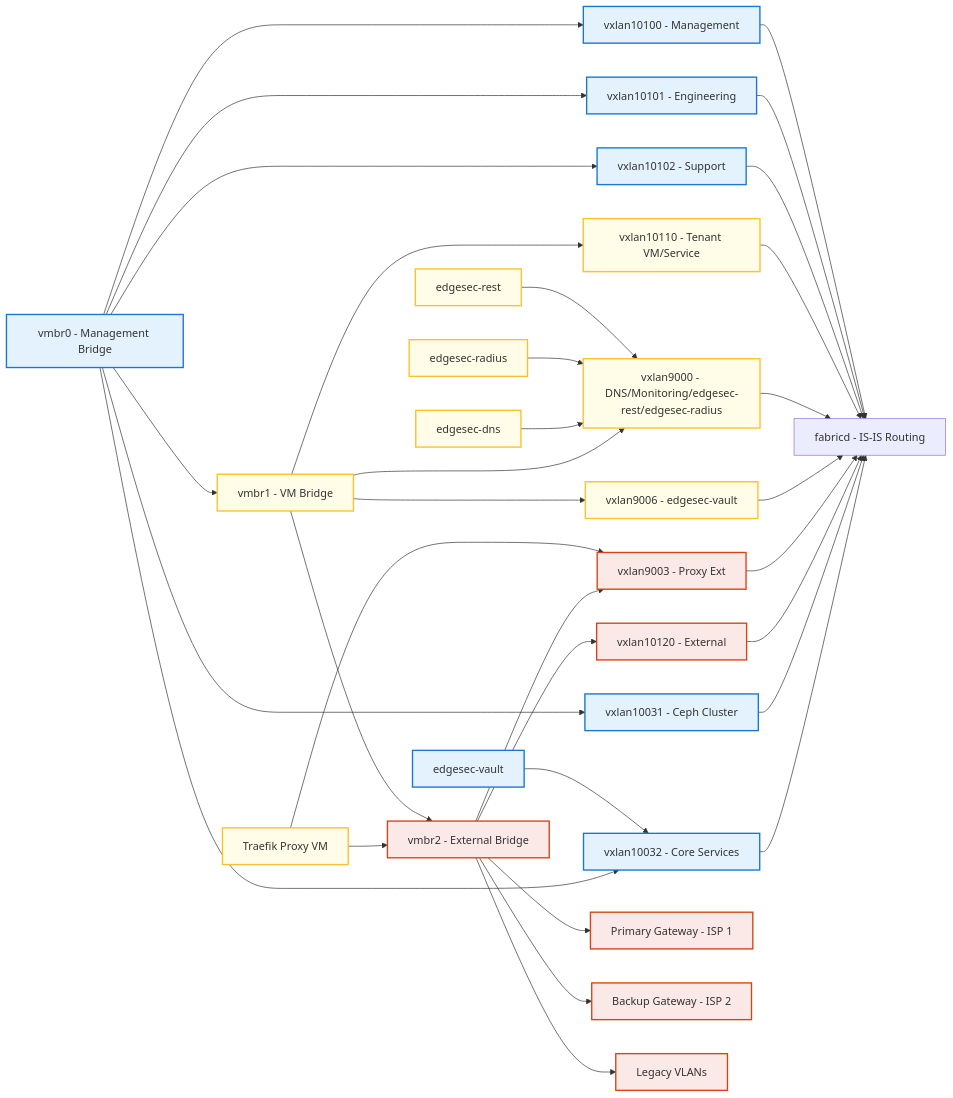
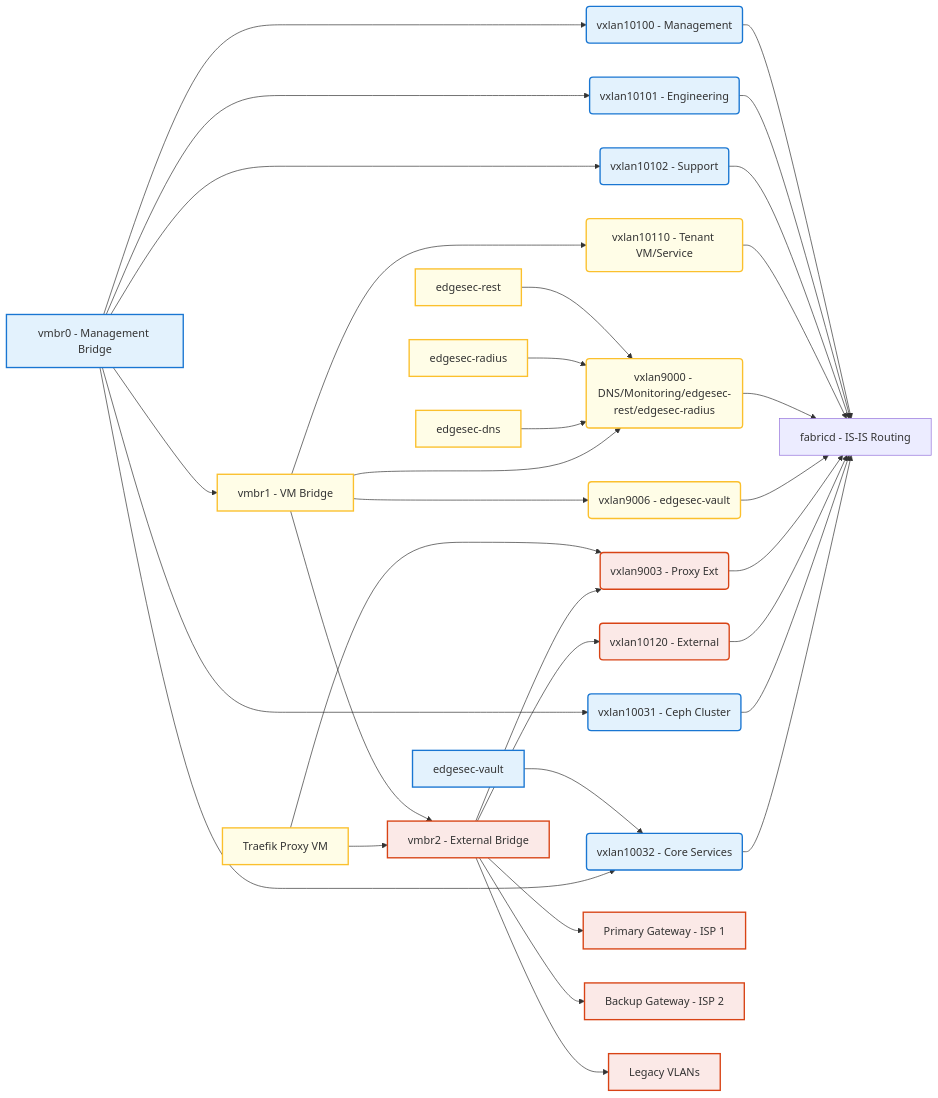
Before and after one commit to CEP-Comwell/proxmox_addons: the diagram in blob/mmd/edgesec-single-tenant-bridges.mmd, drawn with Mermaid. The commit also changed 1 other file, not shown here.

Commit message:
fabricd as decision

```diff
--- a/blob/mmd/edgesec-single-tenant-bridges.mmd
+++ b/blob/mmd/edgesec-single-tenant-bridges.mmd
@@ -18,16 +18,16 @@
 
 
   %% Overlays
-  VX10100[vxlan10100 - Management]
-  VX10101[vxlan10101 - Engineering]
-  VX10102[vxlan10102 - Support]
-  VX10110[vxlan10110 - Tenant VM/Service]
-  VX9000[vxlan9000 - DNS/Monitoring/edgesec-rest/edgesec-radius]
-  VX9006[vxlan9006 - edgesec-vault]
-  VX9003[vxlan9003 - Proxy Ext]
-  VX10120[vxlan10120 - External]
-  VXCEPH2[vxlan10031 - Ceph Cluster]
-  VX10032[vxlan10032 - Core Services]
+  VX10100(vxlan10100 - Management)
+  VX10101(vxlan10101 - Engineering)
+  VX10102(vxlan10102 - Support)
+  VX10110(vxlan10110 - Tenant VM/Service)
+  VX9000(vxlan9000 - DNS/Monitoring/edgesec-rest/edgesec-radius)
+  VX9006(vxlan9006 - edgesec-vault)
+  VX9003(vxlan9003 - Proxy Ext)
+  VX10120(vxlan10120 - External)
+  VXCEPH2(vxlan10031 - Ceph Cluster)
+  VX10032(vxlan10032 - Core Services)
 
   Gateway1[Primary Gateway - ISP 1]
   Gateway2[Backup Gateway - ISP 2]
```
